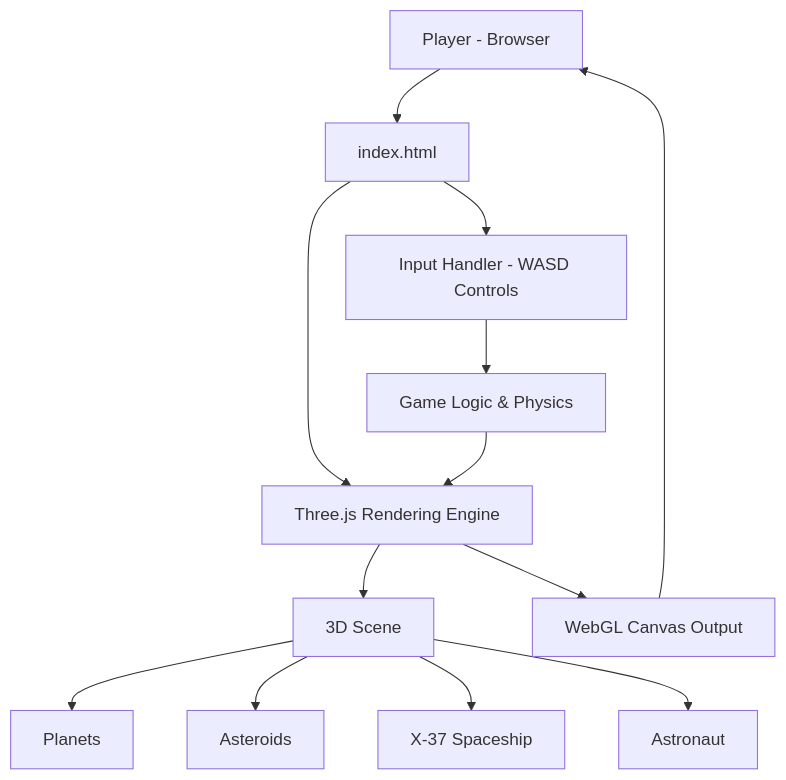
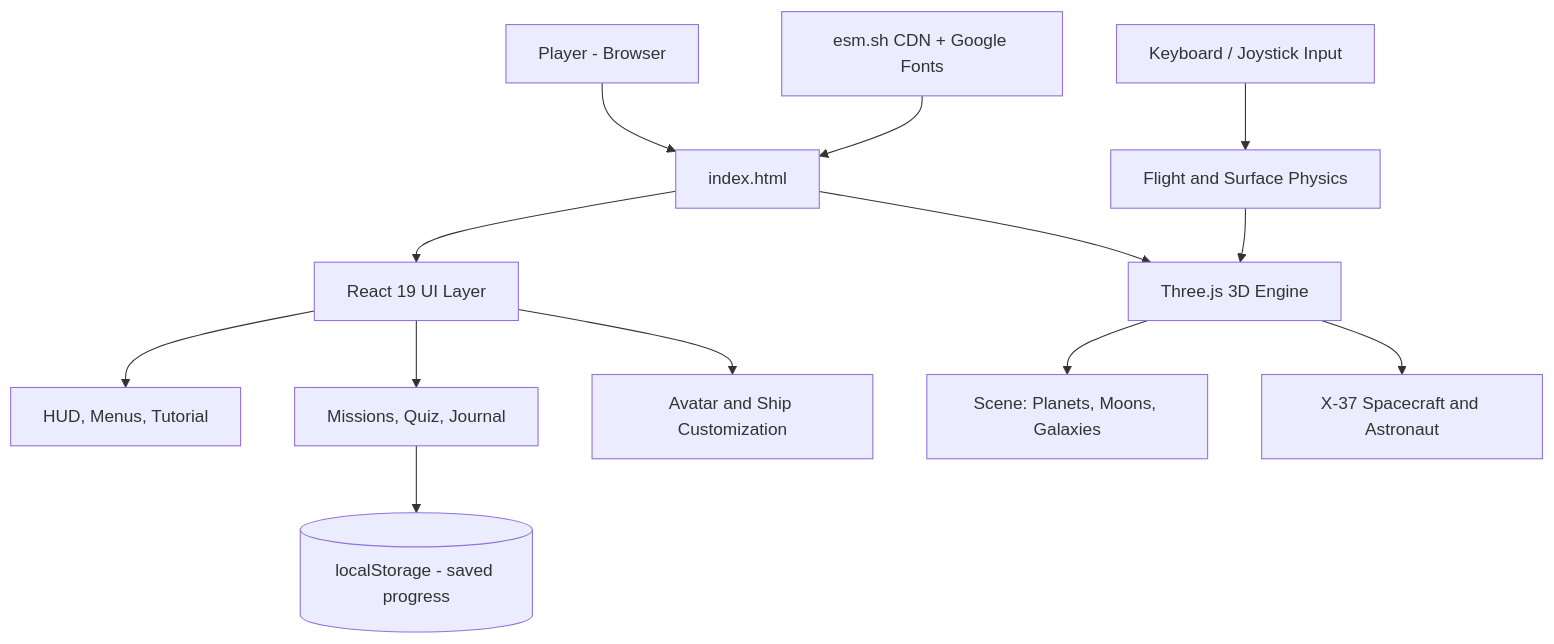
One commit to gajbhiyechaitanya25-star/Space-Design-Game changed the diagram in README.md. Above: the diagram before and after it, drawn with Mermaid.

````diff
--- a/README.md
+++ b/README.md
@@ -29,15 +29,15 @@
 ```mermaid
 flowchart TD
     A[Player - Browser] --> B[index.html]
-    B --> C[Three.js Rendering Engine]
-    B --> D[Input Handler - WASD Controls]
-    D --> E[Game Logic & Physics]
-    E --> C
-    C --> F[3D Scene]
-    F --> G[Planets]
-    F --> H[Asteroids]
-    F --> I[X-37 Spaceship]
-    F --> J[Astronaut]
-    C --> K[WebGL Canvas Output]
-    K --> A
+    B --> C[React 19 UI Layer]
+    B --> D[Three.js 3D Engine]
+    C --> C1[HUD, Menus, Tutorial]
+    C --> C2[Missions, Quiz, Journal]
+    C --> C3[Avatar and Ship Customization]
+    D --> E[Scene: Planets, Moons, Galaxies]
+    D --> F[X-37 Spacecraft and Astronaut]
+    G[Keyboard / Joystick Input] --> H[Flight and Surface Physics]
+    H --> D
+    C2 --> I[(localStorage - saved progress)]
+    J[esm.sh CDN + Google Fonts] --> B
 ```
````
